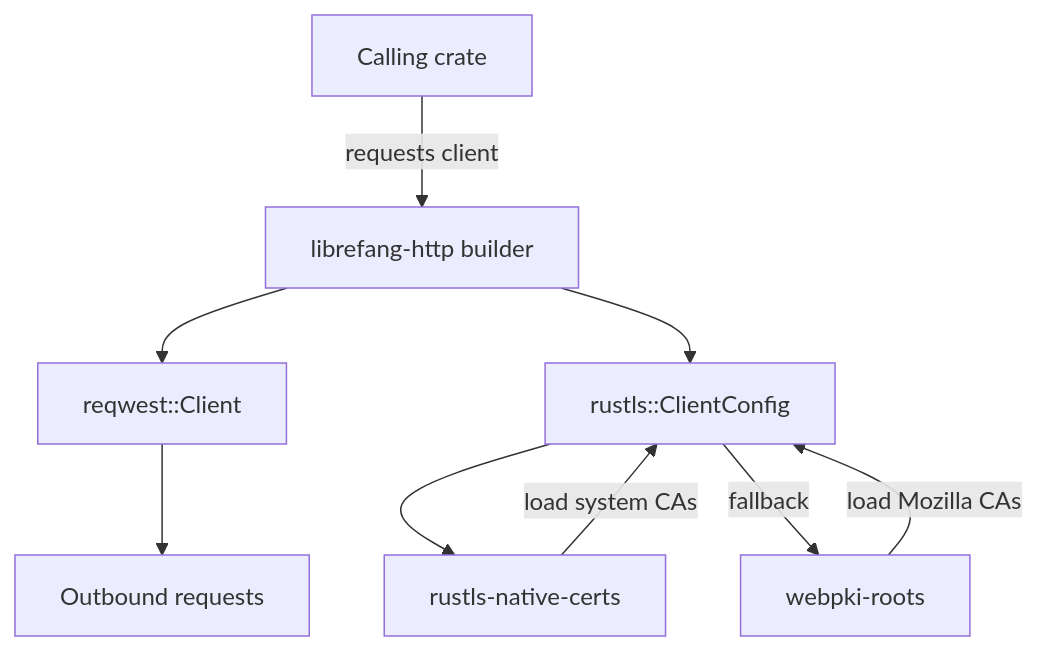
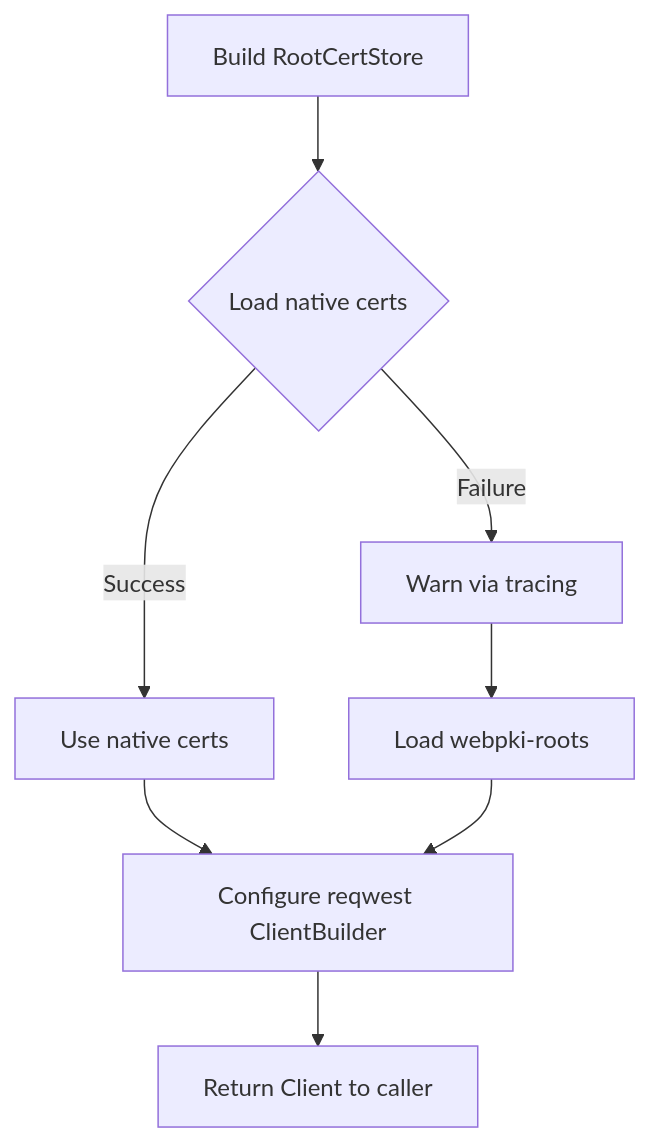
One commit to leszek3737/librefang-WIki changed the diagram in other-librefang-http.md. Above: the diagram before and after it, drawn with Mermaid. The commit also changed other lines of this file and 93 other files, not shown here.

````diff
--- a/other-librefang-http.md
+++ b/other-librefang-http.md
@@ -39,11 +29,10 @@
 ```mermaid
-graph TD
-    A[Calling crate] -->|requests client| B[librefang-http builder]
-    B --> C[reqwest::Client]
-    B --> D[rustls::ClientConfig]
-    D --> E[rustls-native-certs]
-    D -->|fallback| F[webpki-roots]
-    E -->|load system CAs| D
-    F -->|load Mozilla CAs| D
-    C --> G[Outbound requests]
+flowchart TD
+    A[Build RootCertStore] --> B{Load native certs}
+    B -->|Success| C[Use native certs]
+    B -->|Failure| D[Warn via tracing]
+    D --> E[Load webpki-roots]
+    C --> F[Configure reqwest ClientBuilder]
+    E --> F
+    F --> G[Return Client to caller]
 ```
````
